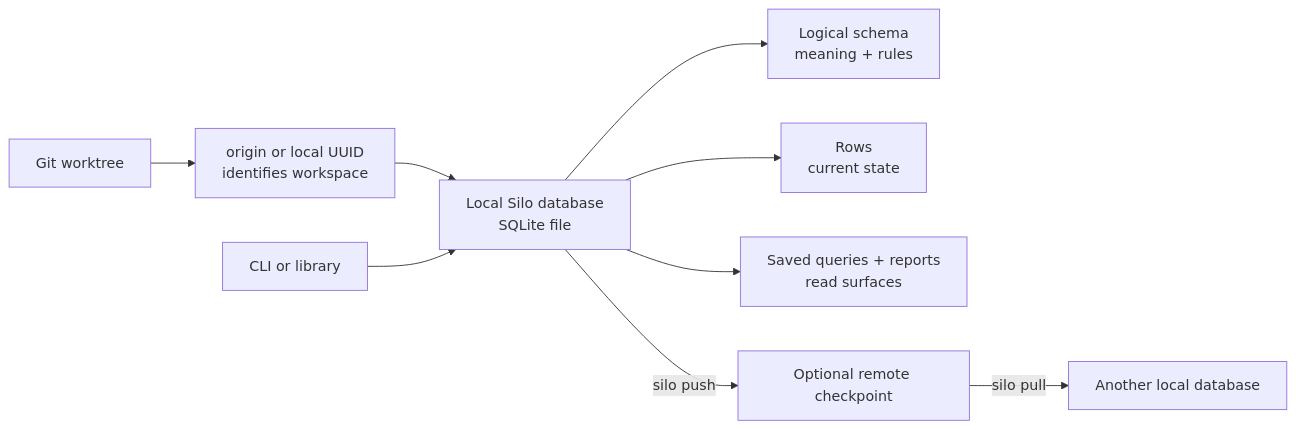
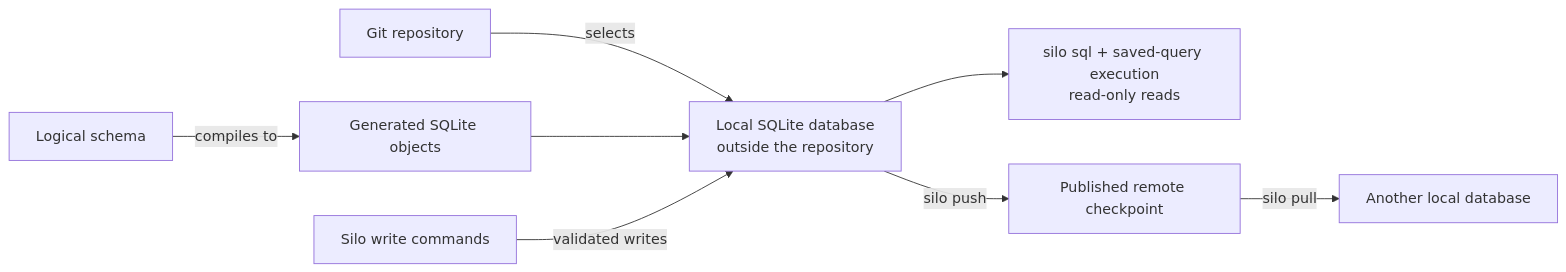
Before and after one commit to silo-ai/silo: the diagram in docs/concepts/how-silo-works.md, drawn with Mermaid. The commit also changed other lines of this file and 3 other files, not shown here.

````diff
--- a/docs/concepts/how-silo-works.md
+++ b/docs/concepts/how-silo-works.md
@@ -20,11 +9,10 @@
 ```mermaid
 flowchart LR
-  repo["Git worktree"] --> identity["origin or local UUID\nidentifies workspace"]
-  identity --> local["Local Silo database\nSQLite file"]
-  commands["CLI or library"] --> local
-  local --> contract["Logical schema\nmeaning + rules"]
-  local --> state["Rows\ncurrent state"]
-  local --> reads["Saved queries + reports\nread surfaces"]
-  local -->|"silo push"| remote["Optional remote checkpoint"]
-  remote -->|"silo pull"| other["Another local database"]
+  git["Git repository"] -->|"selects"| local["Local SQLite database\noutside the repository"]
+  schema["Logical schema"] -->|"compiles to"| objects["Generated SQLite objects"]
+  objects --> local
+  commands["Silo write commands"] -->|"validated writes"| local
+  local --> reads["silo sql + saved-query execution\nread-only reads"]
+  local -->|"silo push"| checkpoint["Published remote checkpoint"]
+  checkpoint -->|"silo pull"| other["Another local database"]
 ```
````
